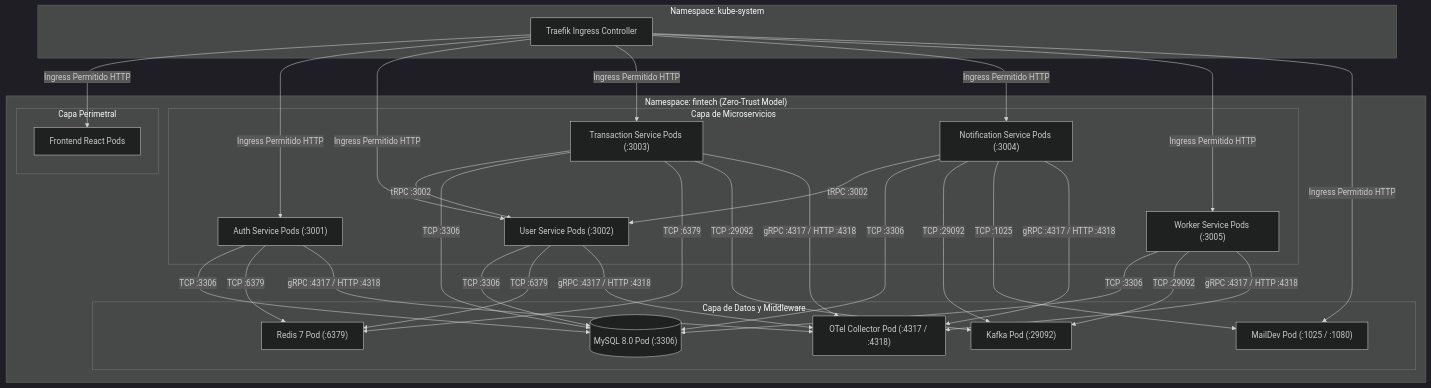
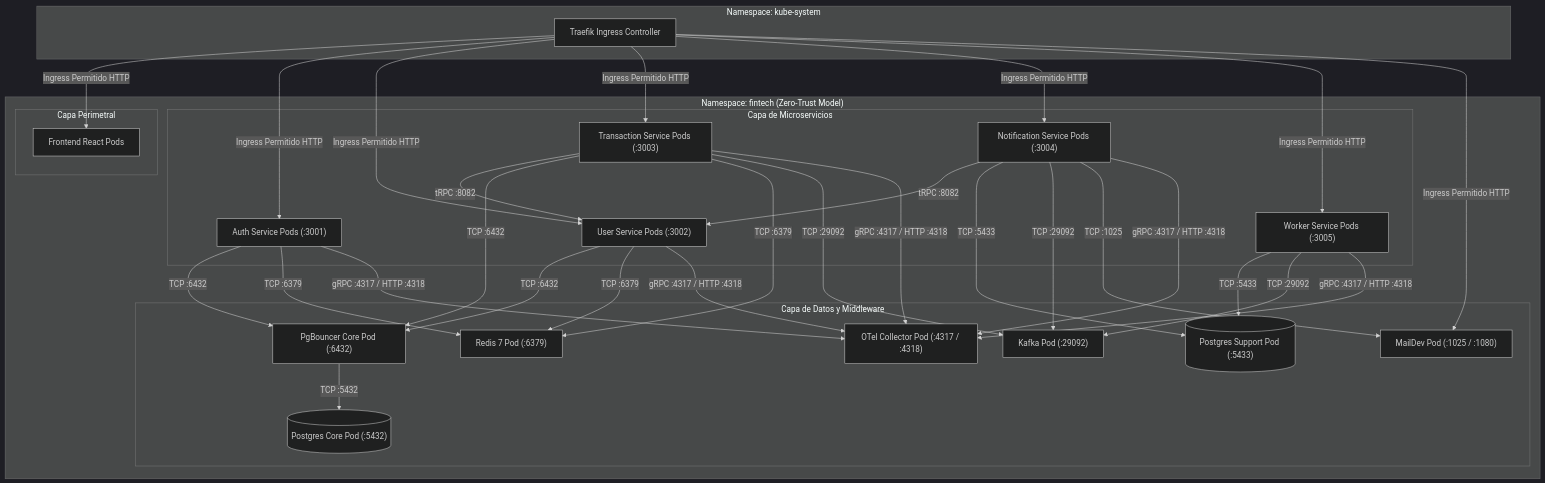
Before and after one commit to bleidertcs/fintech-wallet: the seventh of 8 diagrams in ARQUITECTURA.md, drawn with Mermaid (dark theme). The commit also changed other lines of this file and 19 other files, not shown here.

Commit message:
docs: add observability documentation and generate project graph report

````diff
--- a/ARQUITECTURA.md
+++ b/ARQUITECTURA.md
@@ -441,47 +445,51 @@
 ```mermaid
 graph TD
     subgraph KubeSystem ["Namespace: kube-system"]
         TraefikPod["Traefik Ingress Controller"]
     end
 
     subgraph FintechNamespace ["Namespace: fintech (Zero-Trust Model)"]
         subgraph FrontTier ["Capa Perimetral"]
             FrontendPod["Frontend React Pods"]
         end
 
         subgraph AppTier ["Capa de Microservicios"]
             AuthPod["Auth Service Pods (:3001)"]
             UserPod["User Service Pods (:3002)"]
             TxPod["Transaction Service Pods (:3003)"]
             NotifPod["Notification Service Pods (:3004)"]
             WorkerPod["Worker Service Pods (:3005)"]
         end
 
         subgraph InfraTier ["Capa de Datos y Middleware"]
-            MySQLPod[("MySQL 8.0 Pod (:3306)")]
+            PgBouncerPod["PgBouncer Core Pod (:6432)"]
+            PostgresCorePod[("Postgres Core Pod (:5432)")]
+            PostgresSupportPod[("Postgres Support Pod (:5433)")]
             RedisPod["Redis 7 Pod (:6379)"]
             KafkaPod["Kafka Pod (:29092)"]
             MaildevPod["MailDev Pod (:1025 / :1080)"]
             OTelPod["OTel Collector Pod (:4317 / :4318)"]
         end
     end
 
-    TraefikPod -->|Ingress Permitido HTTP| FrontendPod
-    TraefikPod -->|Ingress Permitido HTTP| AuthPod
-    TraefikPod -->|Ingress Permitido HTTP| UserPod
-    TraefikPod -->|Ingress Permitido HTTP| TxPod
-    TraefikPod -->|Ingress Permitido HTTP| NotifPod
-    TraefikPod -->|Ingress Permitido HTTP| WorkerPod
-    TraefikPod -->|Ingress Permitido HTTP| MaildevPod
+    TraefikPod -->|"Ingress Permitido HTTP"| FrontendPod
+    TraefikPod -->|"Ingress Permitido HTTP"| AuthPod
+    TraefikPod -->|"Ingress Permitido HTTP"| UserPod
+    TraefikPod -->|"Ingress Permitido HTTP"| TxPod
+    TraefikPod -->|"Ingress Permitido HTTP"| NotifPod
+    TraefikPod -->|"Ingress Permitido HTTP"| WorkerPod
+    TraefikPod -->|"Ingress Permitido HTTP"| MaildevPod
 
     %% Inter-microservice
-    TxPod -->|tRPC :3002| UserPod
-    NotifPod -->|tRPC :3002| UserPod
+    TxPod -->|"tRPC :8082"| UserPod
+    NotifPod -->|"tRPC :8082"| UserPod
 
     %% Microservices to Data
-    AuthPod & UserPod & TxPod & NotifPod & WorkerPod -->|TCP :3306| MySQLPod
-    AuthPod & UserPod & TxPod -->|TCP :6379| RedisPod
-    TxPod & NotifPod & WorkerPod -->|TCP :29092| KafkaPod
-    NotifPod -->|TCP :1025| MaildevPod
-    AuthPod & UserPod & TxPod & NotifPod & WorkerPod -->|gRPC :4317 / HTTP :4318| OTelPod
+    AuthPod & UserPod & TxPod -->|"TCP :6432"| PgBouncerPod
+    PgBouncerPod -->|"TCP :5432"| PostgresCorePod
+    NotifPod & WorkerPod -->|"TCP :5433"| PostgresSupportPod
+    AuthPod & UserPod & TxPod -->|"TCP :6379"| RedisPod
+    TxPod & NotifPod & WorkerPod -->|"TCP :29092"| KafkaPod
+    NotifPod -->|"TCP :1025"| MaildevPod
+    AuthPod & UserPod & TxPod & NotifPod & WorkerPod -->|"gRPC :4317 / HTTP :4318"| OTelPod
 ```
````
